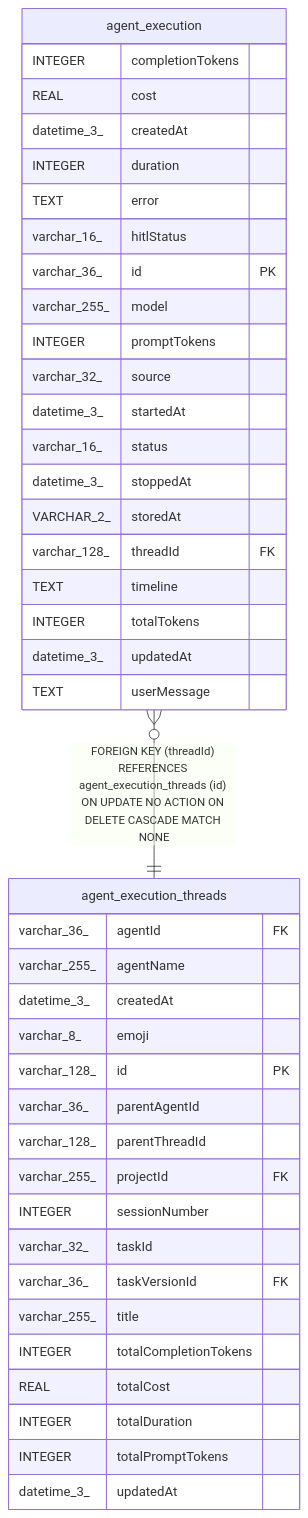
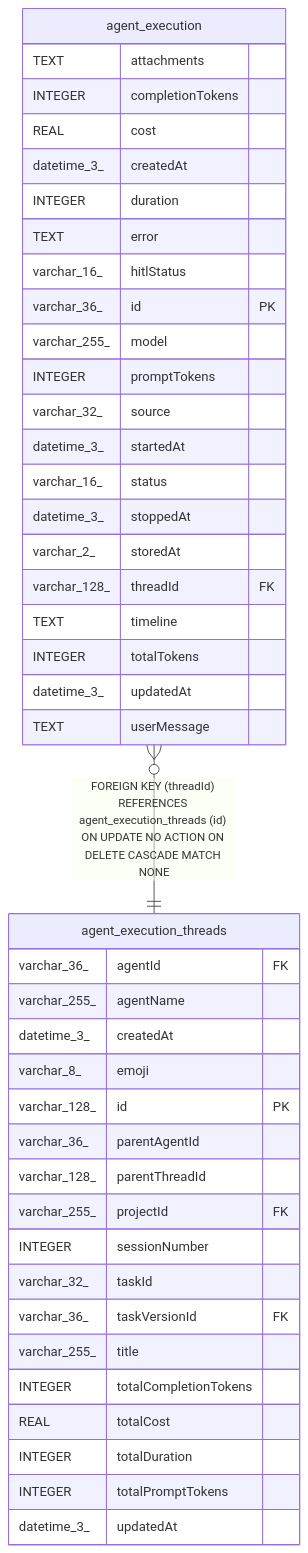
The diagram in docs/generated/sqlite-schema/agent_execution.md (mayankjain1815-commits/n8n), drawn with Mermaid before and after one commit. The commit also changed other lines of this file and 91 other files, not shown here.

````diff
--- a/docs/generated/sqlite-schema/agent_execution.md
+++ b/docs/generated/sqlite-schema/agent_execution.md
@@ -58,46 +59,47 @@
 ```mermaid
 erDiagram
 
 "agent_execution" }o--|| "agent_execution_threads" : "FOREIGN KEY (threadId) REFERENCES agent_execution_threads (id) ON UPDATE NO ACTION ON DELETE CASCADE MATCH NONE"
 
 "agent_execution" {
+  TEXT attachments
   INTEGER completionTokens
   REAL cost
   datetime_3_ createdAt
   INTEGER duration
   TEXT error
   varchar_16_ hitlStatus
   varchar_36_ id PK
   varchar_255_ model
   INTEGER promptTokens
   varchar_32_ source
   datetime_3_ startedAt
   varchar_16_ status
   datetime_3_ stoppedAt
-  VARCHAR_2_ storedAt
+  varchar_2_ storedAt
   varchar_128_ threadId FK
   TEXT timeline
   INTEGER totalTokens
   datetime_3_ updatedAt
   TEXT userMessage
 }
 "agent_execution_threads" {
   varchar_36_ agentId FK
   varchar_255_ agentName
   datetime_3_ createdAt
   varchar_8_ emoji
   varchar_128_ id PK
   varchar_36_ parentAgentId
   varchar_128_ parentThreadId
   varchar_255_ projectId FK
   INTEGER sessionNumber
   varchar_32_ taskId
   varchar_36_ taskVersionId FK
   varchar_255_ title
   INTEGER totalCompletionTokens
   REAL totalCost
   INTEGER totalDuration
   INTEGER totalPromptTokens
   datetime_3_ updatedAt
 }
 ```
````
